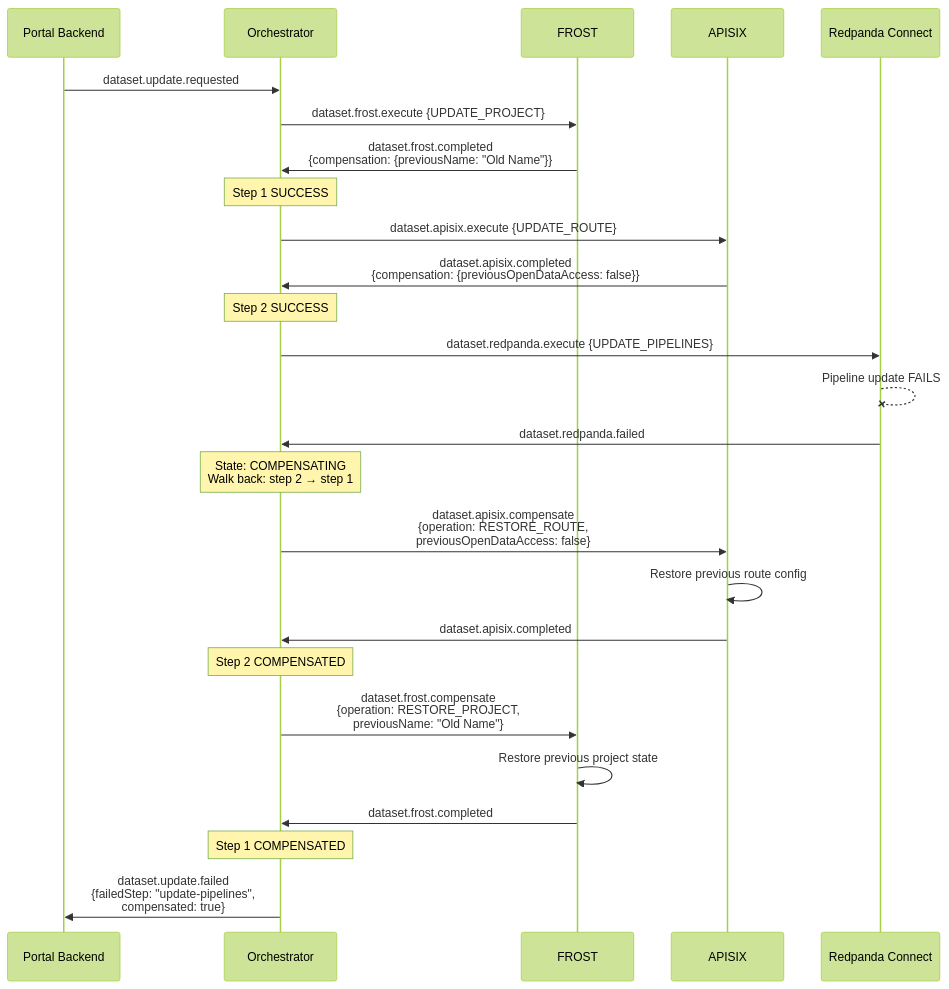
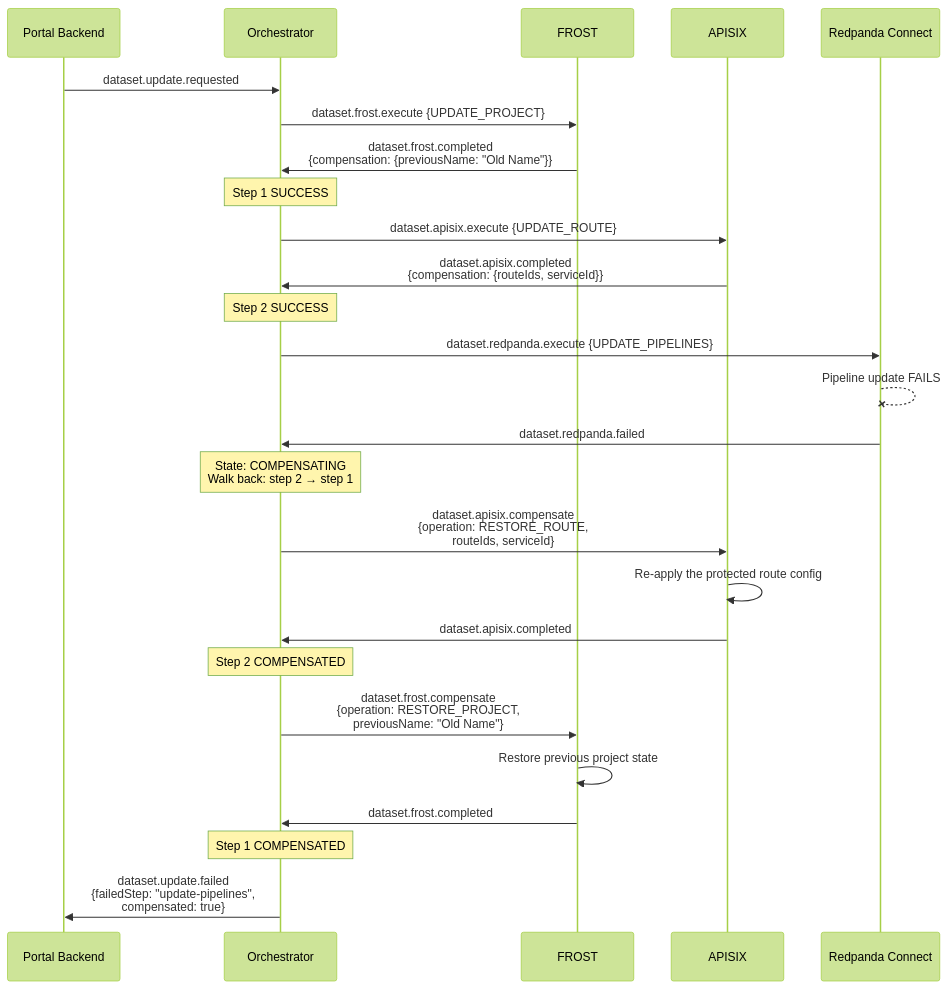
Before and after one commit to open-urban-apps-civitascore/civitas-core-platform: diagram 11 of 15 in config-adapter/docs/SAGA-DATASET-USE-CASES.md, drawn with Mermaid (forest theme). The commit also changed other lines of this file and 56 other files, not shown here.

Commit message:
feat(authz): make open data access a central OPA/ABAC decision (routes always protected, FROST private)

````diff
--- a/config-adapter/docs/SAGA-DATASET-USE-CASES.md
+++ b/config-adapter/docs/SAGA-DATASET-USE-CASES.md
@@ -971,36 +967,36 @@
 ```mermaid
 sequenceDiagram
     participant PB as Portal Backend
     participant O as Orchestrator
     participant FROST
     participant APISIX
     participant RP as Redpanda Connect
 
     PB->>O: dataset.update.requested
 
     O->>FROST: dataset.frost.execute {UPDATE_PROJECT}
     FROST->>O: dataset.frost.completed<br/>{compensation: {previousName: "Old Name"}}
     Note over O: Step 1 SUCCESS
 
     O->>APISIX: dataset.apisix.execute {UPDATE_ROUTE}
-    APISIX->>O: dataset.apisix.completed<br/>{compensation: {previousOpenDataAccess: false}}
+    APISIX->>O: dataset.apisix.completed<br/>{compensation: {routeIds, serviceId}}
     Note over O: Step 2 SUCCESS
 
     O->>RP: dataset.redpanda.execute {UPDATE_PIPELINES}
     RP--xRP: Pipeline update FAILS
     RP->>O: dataset.redpanda.failed
 
     Note over O: State: COMPENSATING<br/>Walk back: step 2 → step 1
 
-    O->>APISIX: dataset.apisix.compensate<br/>{operation: RESTORE_ROUTE,<br/>previousOpenDataAccess: false}
-    APISIX->>APISIX: Restore previous route config
+    O->>APISIX: dataset.apisix.compensate<br/>{operation: RESTORE_ROUTE,<br/>routeIds, serviceId}
+    APISIX->>APISIX: Re-apply the protected route config
     APISIX->>O: dataset.apisix.completed
     Note over O: Step 2 COMPENSATED
 
     O->>FROST: dataset.frost.compensate<br/>{operation: RESTORE_PROJECT,<br/>previousName: "Old Name"}
     FROST->>FROST: Restore previous project state
     FROST->>O: dataset.frost.completed
     Note over O: Step 1 COMPENSATED
 
     O->>PB: dataset.update.failed<br/>{failedStep: "update-pipelines",<br/>compensated: true}
 ```
````
